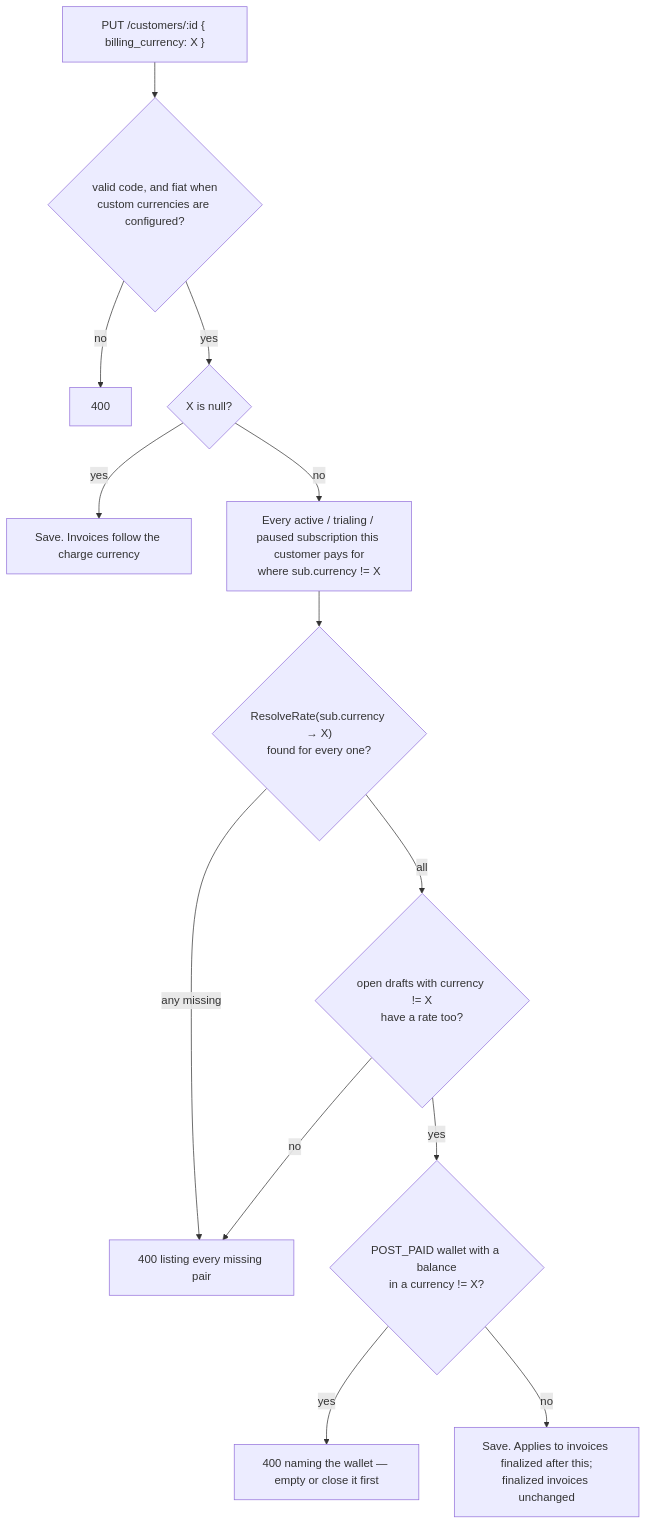
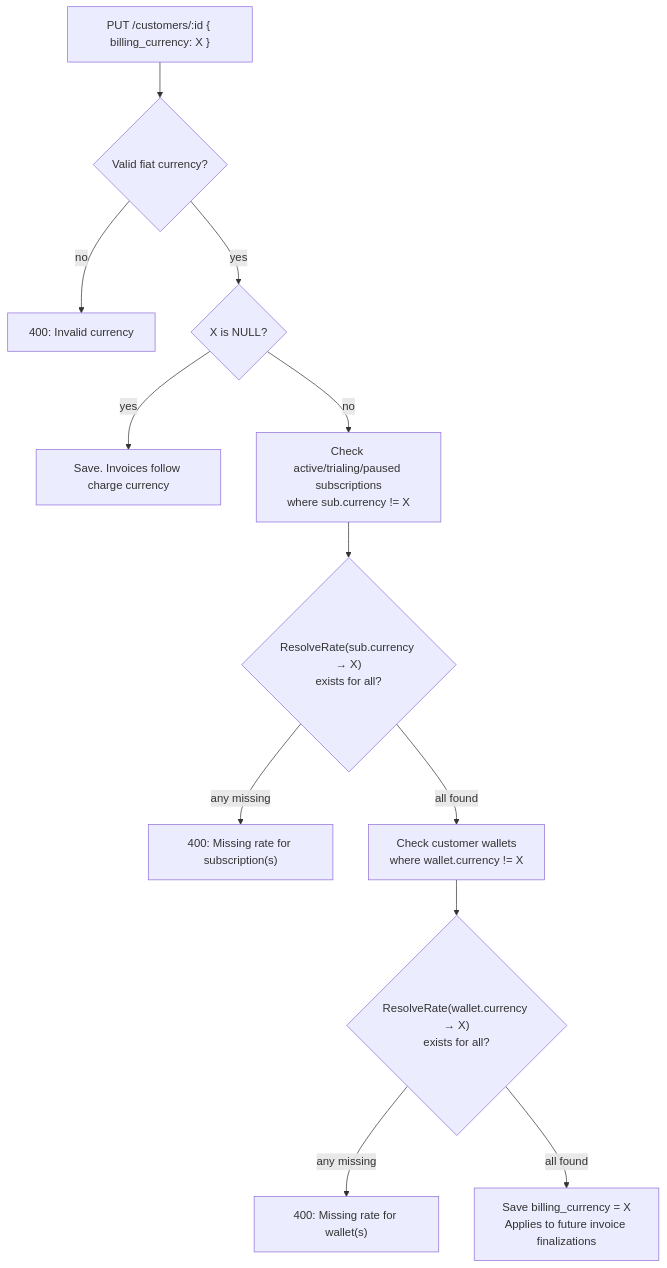
Before and after one commit to aghijap/flexprice-FLE-1411: the sixth of 8 diagrams in docs/design/2026-09-26-FLE-1383-adaptive-multi-currency-erd.md, drawn with Mermaid. The commit also changed other lines of this file, not shown here.

Commit message:
docs(FLE-1383): author edits — tenant scope, rate validity windows, line original amounts, wallets unchanged

````diff
--- a/docs/design/2026-09-26-FLE-1383-adaptive-multi-currency-erd.md
+++ b/docs/design/2026-09-26-FLE-1383-adaptive-multi-currency-erd.md
@@ -914,15 +584,14 @@
 ```mermaid
 flowchart TD
-    A["PUT /customers/:id { billing_currency: X }"] --> V{"valid code, and fiat when<br/>custom currencies are configured?"}
-    V -- no --> R1["400"]
-    V -- yes --> N{"X is null?"}
-    N -- yes --> OK["Save. Invoices follow the charge currency"]
-    N -- no --> SUBS["Every active / trialing / paused subscription this customer pays for<br/>where sub.currency != X"]
-    SUBS --> RR{"ResolveRate(sub.currency → X)<br/>found for every one?"}
-    RR -- "any missing" --> R2["400 listing every missing pair"]
-    RR -- all --> DR{"open drafts with currency != X<br/>have a rate too?"}
-    DR -- no --> R2
-    DR -- yes --> PW{"POST_PAID wallet with a balance<br/>in a currency != X?"}
-    PW -- yes --> R3["400 naming the wallet — empty or close it first"]
-    PW -- no --> OK2["Save. Applies to invoices finalized after this;<br/>finalized invoices unchanged"]
+    A["PUT /customers/:id { billing_currency: X }"] --> V{"Valid fiat currency?"}
+    V -- no --> R1["400: Invalid currency"]
+    V -- yes --> N{"X is NULL?"}
+    N -- yes --> OK["Save. Invoices follow charge currency"]
+    N -- no --> CHK_SUBS["Check active/trialing/paused subscriptions<br/>where sub.currency != X"]
+    CHK_SUBS --> RS{"ResolveRate(sub.currency → X)<br/>exists for all?"}
+    RS -- any missing --> R2["400: Missing rate for subscription(s)"]
+    RS -- all found --> CHK_WAL["Check customer wallets<br/>where wallet.currency != X"]
+    CHK_WAL --> RW{"ResolveRate(wallet.currency → X)<br/>exists for all?"}
+    RW -- any missing --> R3["400: Missing rate for wallet(s)"]
+    RW -- all found --> SAVE["Save billing_currency = X<br/>Applies to future invoice finalizations"]
 ```
````
